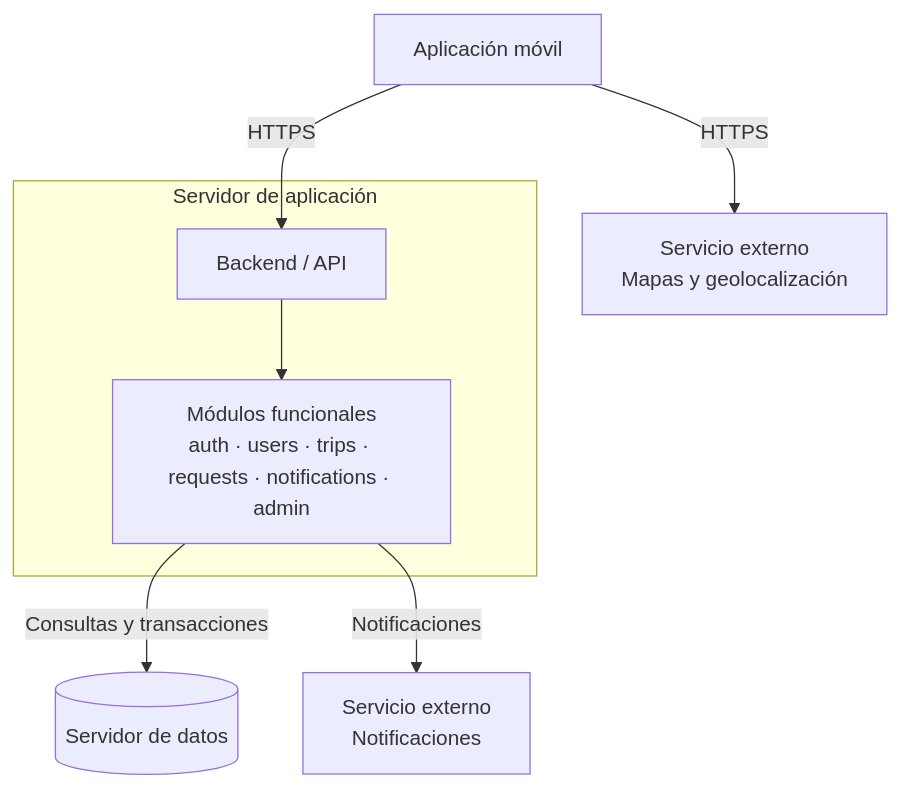
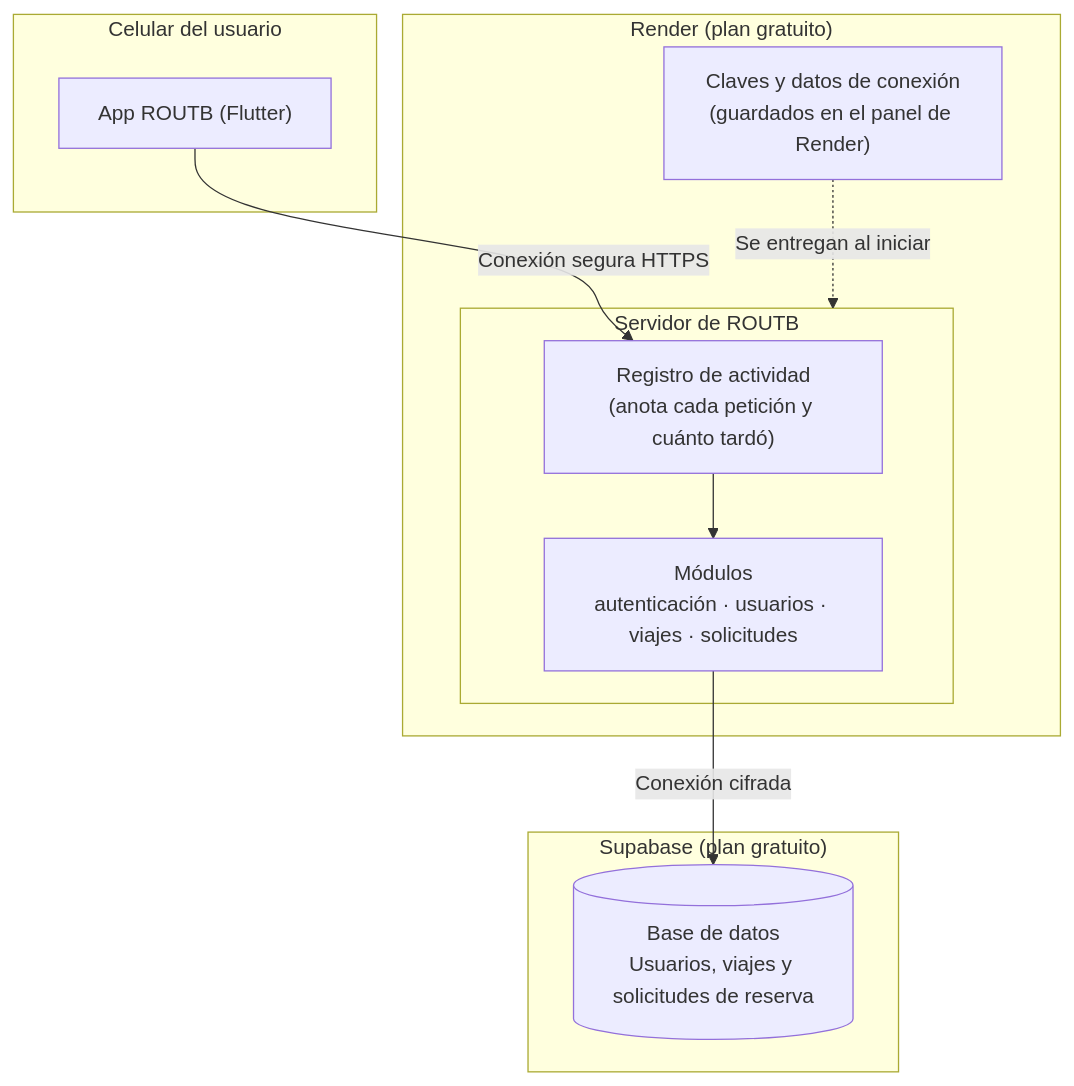
The second of 2 diagrams in docs/arc42/07_vista_de_despliegue.md (ISCOUTB/AS_202620_ROUTB), drawn with Mermaid before and after one commit. The commit also changed other lines of this file and 10 other files, not shown here.

````diff
--- a/docs/arc42/07_vista_de_despliegue.md
+++ b/docs/arc42/07_vista_de_despliegue.md
@@ -58,19 +62,23 @@
 ```mermaid
 flowchart TD
-    APP["Aplicación móvil"]
-
-    subgraph SERVER["Servidor de aplicación"]
-        API["Backend / API"]
-        MODULES["Módulos funcionales<br/>auth · users · trips · requests · notifications · admin"]
+    subgraph USER_ENV["Celular del usuario"]
+        CLIENT_APP["App ROUTB (Flutter)"]
     end
-
-    DB[("Servidor de datos")]
-    MAP["Servicio externo<br/>Mapas y geolocalización"]
-    PUSH["Servicio externo<br/>Notificaciones"]
-
-    APP -->|"HTTPS"| API
-    APP -->|"HTTPS"| MAP
-    API --> MODULES
-    MODULES -->|"Consultas y transacciones"| DB
-    MODULES -->|"Notificaciones"| PUSH
+ 
+    subgraph RENDER_NODE["Render (plan gratuito)"]
+        subgraph SERVER["Servidor de ROUTB"]
+            REGISTRO["Registro de actividad<br/>(anota cada petición y cuánto tardó)"]
+            MODULES["Módulos<br/>autenticación · usuarios · viajes · solicitudes"]
+            REGISTRO --> MODULES
+        end
+        CONFIG["Claves y datos de conexión<br/>(guardados en el panel de Render)"]
+        CONFIG -.->|"Se entregan al iniciar"| SERVER
+    end
+ 
+    subgraph SUPABASE_NODE["Supabase (plan gratuito)"]
+        DB_CORE[("Base de datos<br/>Usuarios, viajes y solicitudes de reserva")]
+    end
+ 
+    CLIENT_APP -->|"Conexión segura HTTPS"| REGISTRO
+    MODULES -->|"Conexión cifrada"| DB_CORE
 ```
````
